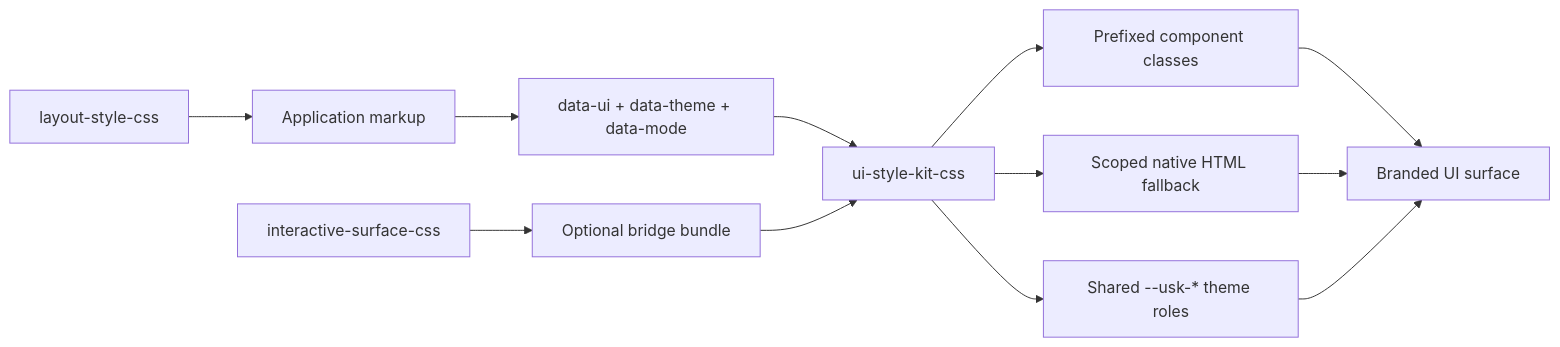
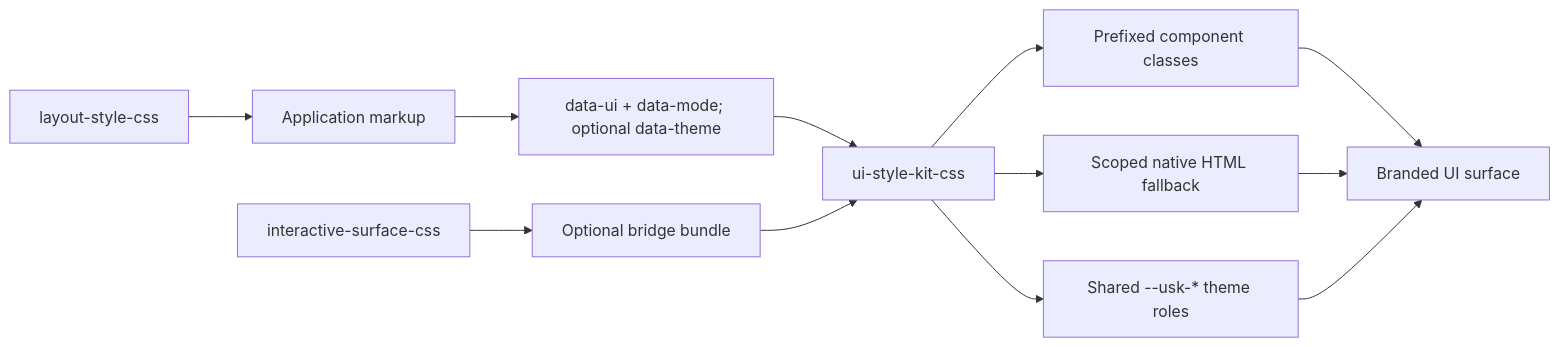
Before and after one commit to Foscat/ui-style-kit-css: the first of 2 diagrams in README.md, drawn with Mermaid. The commit also changed other lines of this file and 393 other files, not shown here.

````diff
--- a/README.md
+++ b/README.md
@@ -20,14 +22,14 @@
 ```mermaid
 flowchart LR
-  App["Application markup"] --> Attrs["data-ui + data-theme + data-mode"]
+  App["Application markup"] --> Attrs["data-ui + data-mode; optional data-theme"]
   Attrs --> USK["ui-style-kit-css"]
   USK --> Themes["Shared --usk-* theme roles"]
   USK --> Components["Prefixed component classes"]
   USK --> Native["Scoped native HTML fallback"]
   Layout["layout-style-css"] --> App
   Surface["interactive-surface-css"] --> Bridge["Optional bridge bundle"]
   Bridge --> USK
   Components --> UI["Branded UI surface"]
   Native --> UI
   Themes --> UI
 ```
````
